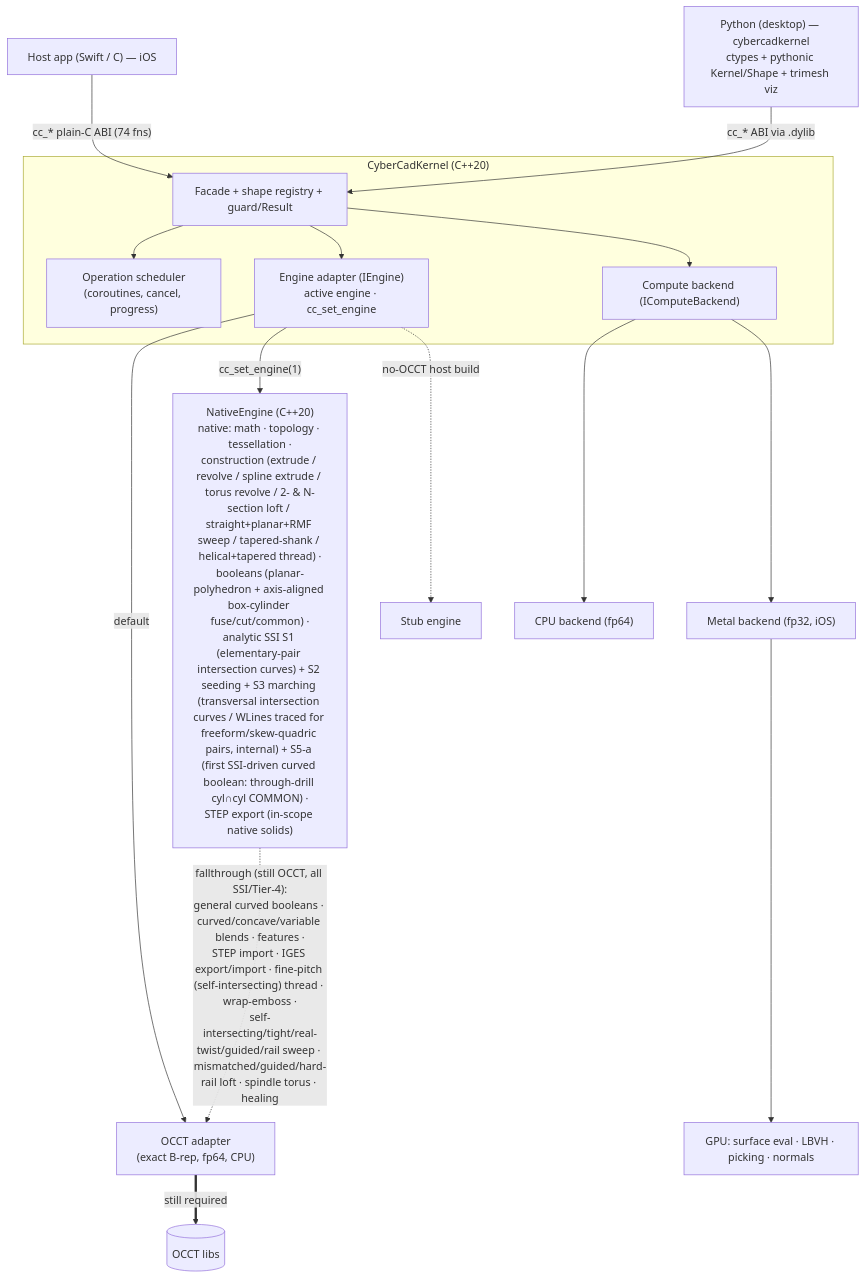
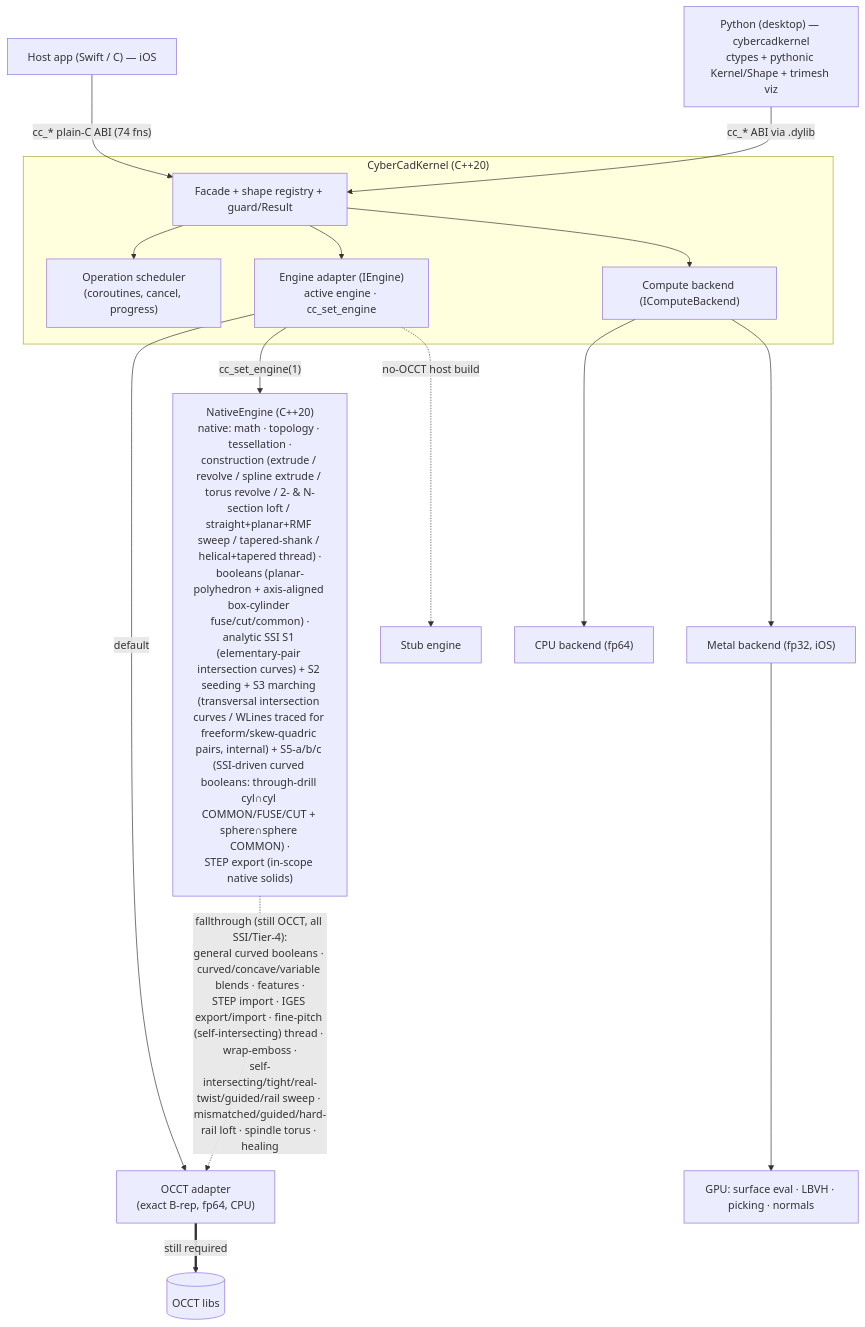
Before and after one commit to CyberdyneCorp/CyberCadKernel: the diagram in README.md, drawn with Mermaid. The commit also changed other lines of this file and 15 other files, not shown here.

````diff
--- a/README.md
+++ b/README.md
@@ -33,27 +33,27 @@
 ```mermaid
 flowchart TD
     App["Host app (Swift / C) — iOS"] -->|"cc_* plain-C ABI (74 fns)"| Facade
     Py["Python (desktop) — cybercadkernel<br/>ctypes + pythonic Kernel/Shape + trimesh viz"] -->|"cc_* ABI via .dylib"| Facade
 
     subgraph Kernel["CyberCadKernel (C++20)"]
         Facade["Facade + shape registry + guard/Result"]
         Sched["Operation scheduler<br/>(coroutines, cancel, progress)"]
         Engine["Engine adapter (IEngine)<br/>active engine · cc_set_engine"]
         Compute["Compute backend (IComputeBackend)"]
 
         Facade --> Sched
         Facade --> Engine
         Facade --> Compute
     end
 
     Engine -->|"default"| OCCT["OCCT adapter<br/>(exact B-rep, fp64, CPU)"]
-    Engine -->|"cc_set_engine(1)"| Native["NativeEngine (C++20)<br/>native: math · topology · tessellation ·<br/>construction (extrude / revolve / spline extrude / torus revolve / 2- &amp; N-section loft / straight+planar+RMF sweep / tapered-shank / helical+tapered thread) ·<br/>booleans (planar-polyhedron + axis-aligned box-cylinder fuse/cut/common) ·<br/>analytic SSI S1 (elementary-pair intersection curves) + S2 seeding + S3 marching (transversal intersection curves / WLines traced for freeform/skew-quadric pairs, internal) + S5-a (first SSI-driven curved boolean: through-drill cyl∩cyl COMMON) ·<br/>STEP export (in-scope native solids)"]
+    Engine -->|"cc_set_engine(1)"| Native["NativeEngine (C++20)<br/>native: math · topology · tessellation ·<br/>construction (extrude / revolve / spline extrude / torus revolve / 2- &amp; N-section loft / straight+planar+RMF sweep / tapered-shank / helical+tapered thread) ·<br/>booleans (planar-polyhedron + axis-aligned box-cylinder fuse/cut/common) ·<br/>analytic SSI S1 (elementary-pair intersection curves) + S2 seeding + S3 marching (transversal intersection curves / WLines traced for freeform/skew-quadric pairs, internal) + S5-a/b/c (SSI-driven curved booleans: through-drill cyl∩cyl COMMON/FUSE/CUT + sphere∩sphere COMMON) ·<br/>STEP export (in-scope native solids)"]
     Engine -.->|"no-OCCT host build"| Stub["Stub engine"]
 
     Native -.->|"fallthrough (still OCCT, all SSI/Tier-4):<br/>general curved booleans · curved/concave/variable blends · features ·<br/>STEP import · IGES export/import · fine-pitch (self-intersecting) thread · wrap-emboss ·<br/>self-intersecting/tight/real-twist/guided/rail sweep · mismatched/guided/hard-rail loft · spindle torus · healing"| OCCT
     OCCT ==>|"still required"| OCCTlib[("OCCT libs")]
 
     Compute --> CPUb["CPU backend (fp64)"]
     Compute --> Metal["Metal backend (fp32, iOS)"]
     Metal --> GPU["GPU: surface eval · LBVH · picking · normals"]
 ```
````
